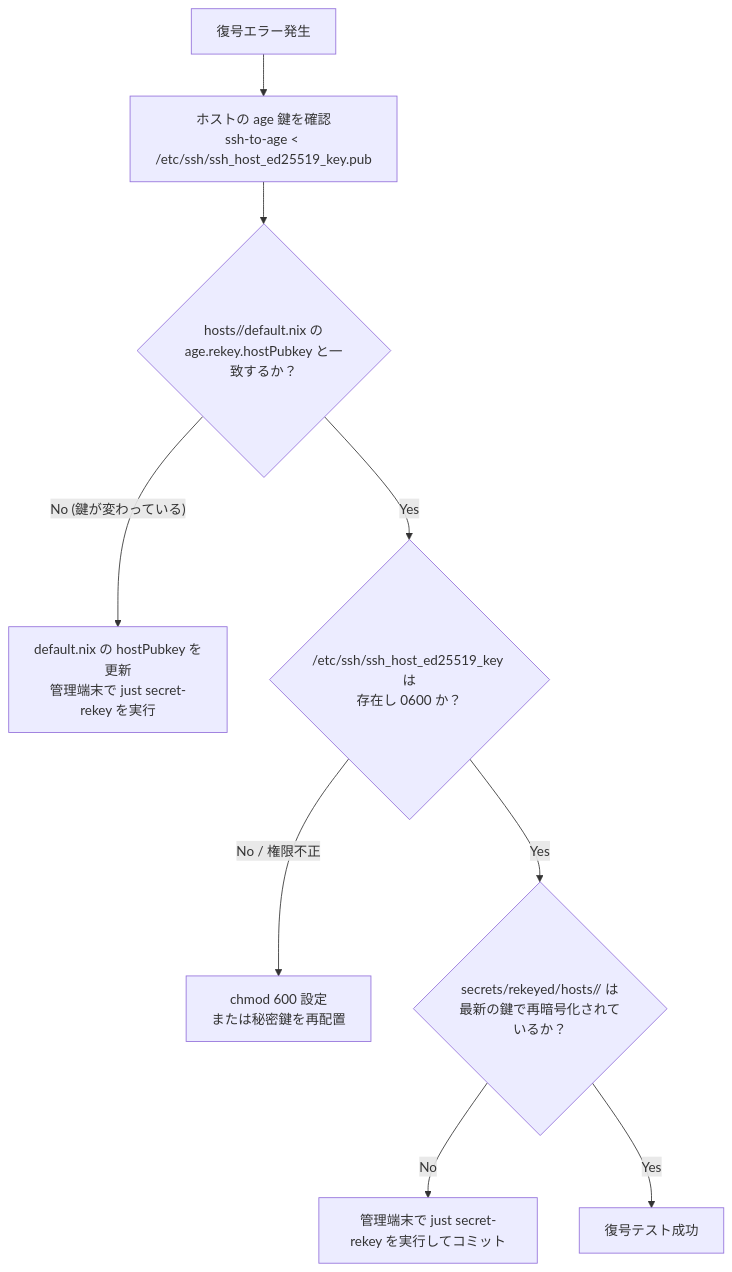
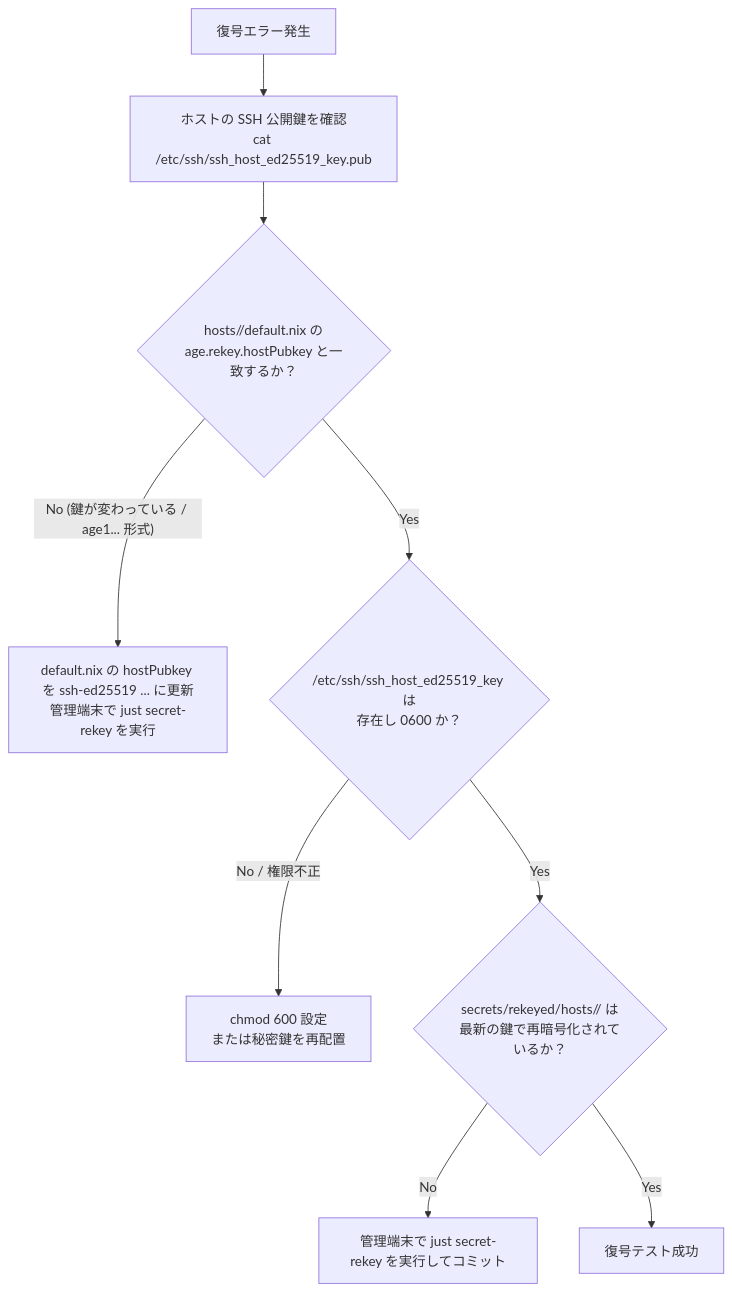
The diagram in docs/troubleshooting/secrets-and-auth.md (t3u-tsu/nix-config), drawn with Mermaid before and after one commit. The commit also changed other lines of this file and 40 other files, not shown here.

Commit message:
fix(secrets): use SSH public keys for agenix-rekey and restore all fleet nebula certificates

````diff
--- a/docs/troubleshooting/secrets-and-auth.md
+++ b/docs/troubleshooting/secrets-and-auth.md
@@ -32,11 +33,11 @@
 ```mermaid
 flowchart TD
-    Start["復号エラー発生"] --> Step1["ホストの age 鍵を確認<br>ssh-to-age < /etc/ssh/ssh_host_ed25519_key.pub"]
+    Start["復号エラー発生"] --> Step1["ホストの SSH 公開鍵を確認<br>cat /etc/ssh/ssh_host_ed25519_key.pub"]
     Step1 --> Step2{"hosts/<hostname>/default.nix の<br>age.rekey.hostPubkey と一致するか？"}
-    Step2 -->|"No (鍵が変わっている)"| Fix1["default.nix の hostPubkey を更新<br>管理端末で just secret-rekey を実行"]
+    Step2 -->|"No (鍵が変わっている / age1... 形式)"| Fix1["default.nix の hostPubkey を ssh-ed25519 ... に更新<br>管理端末で just secret-rekey を実行"]
     Step2 -->|"Yes"| Step3{"/etc/ssh/ssh_host_ed25519_key は<br>存在し 0600 か？"}
     Step3 -->|"No / 権限不正"| Fix2["chmod 600 設定<br>または秘密鍵を再配置"]
     Step3 -->|"Yes"| Step4{"secrets/rekeyed/hosts/<hostname>/ は<br>最新の鍵で再暗号化されているか？"}
     Step4 -->|"No"| Fix3["管理端末で just secret-rekey を実行してコミット"]
     Step4 -->|"Yes"| OK["復号テスト成功"]
 ```
````
